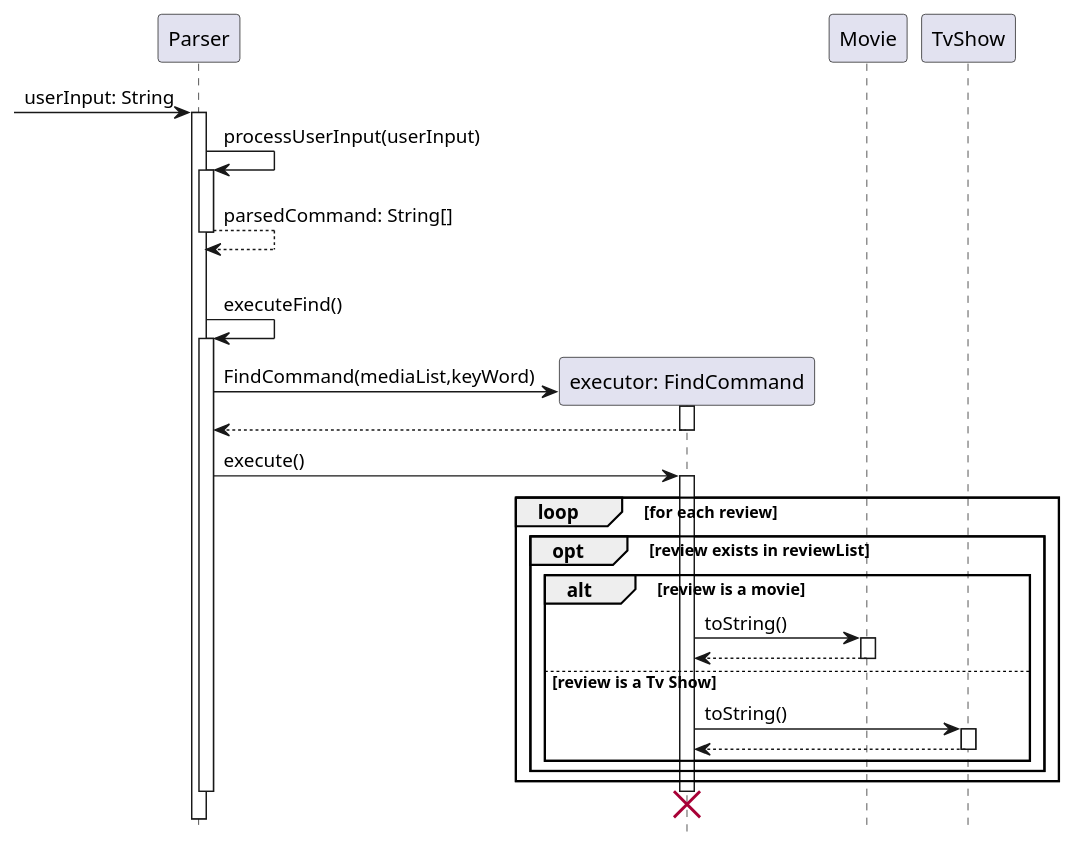
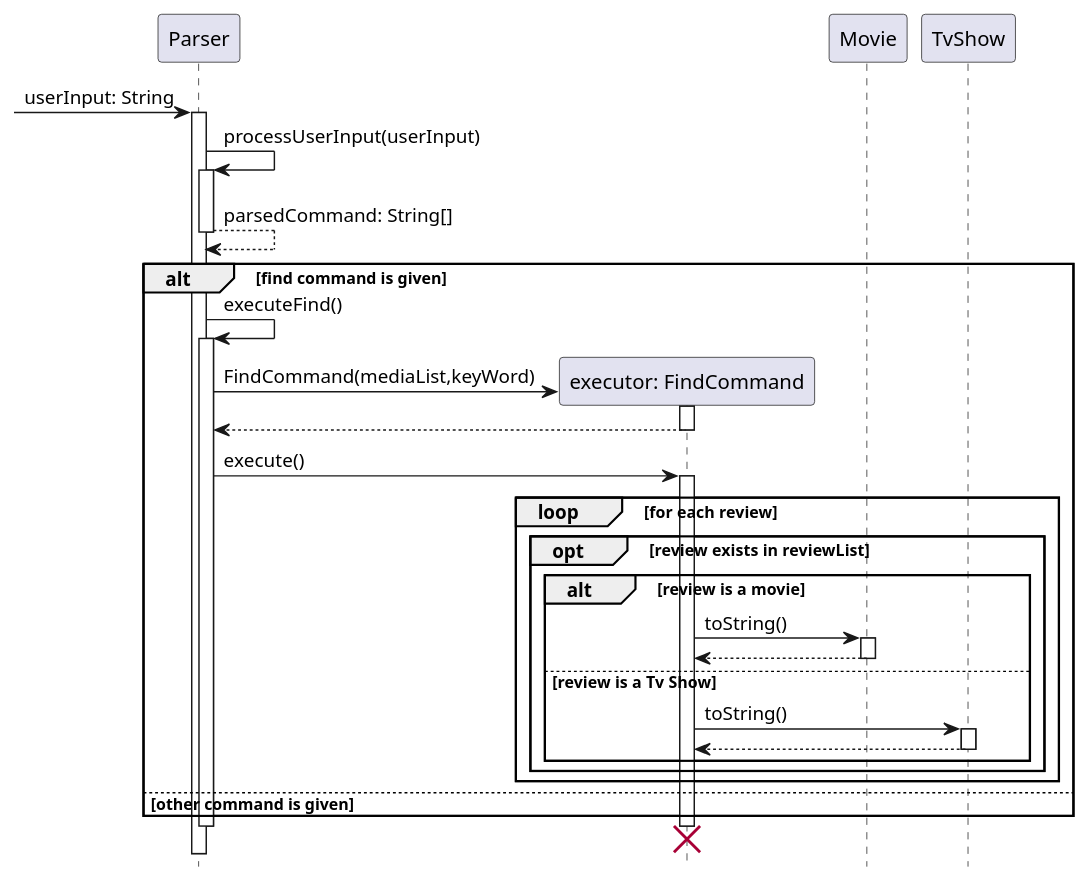
The diagram in docs/UML Diagrams/findCommandSequence.puml (nus-cs2113-AY2223S1/tp), drawn with PlantUML before and after one commit. The commit also changed 2 other files, not shown here.

```diff
--- a/docs/UML Diagrams/findCommandSequence.puml
+++ b/docs/UML Diagrams/findCommandSequence.puml
@@ -1,41 +1,43 @@
 @startuml
 'https://plantuml.com/sequence-diagram
 
 hide footbox
 
  -> Parser: userInput: String
 activate Parser
 Parser -> Parser: processUserInput(userInput)
 activate Parser
 return parsedCommand: String[]
 
 alt find command is given
     Parser -> Parser: executeFind()
     activate Parser
     create "executor: FindCommand"
     Parser -> "executor: FindCommand": FindCommand(mediaList,keyWord)
     activate "executor: FindCommand"
     "executor: FindCommand" --> Parser:
     deactivate "executor: FindCommand"
     Parser -> "executor: FindCommand": execute()
     activate "executor: FindCommand"
 
     loop for each review
         participant Movie
         participant TvShow
         opt review exists in reviewList
             alt review is a movie
                 "executor: FindCommand" -> Movie: toString()
                 activate Movie
                 return
             else review is a Tv Show
                 "executor: FindCommand" -> TvShow: toString()
                 activate TvShow
                 return
             end
         end
+    end
+else other command is given
 end
 deactivate Parser
 destroy "executor: FindCommand"
 
 @enduml
```
